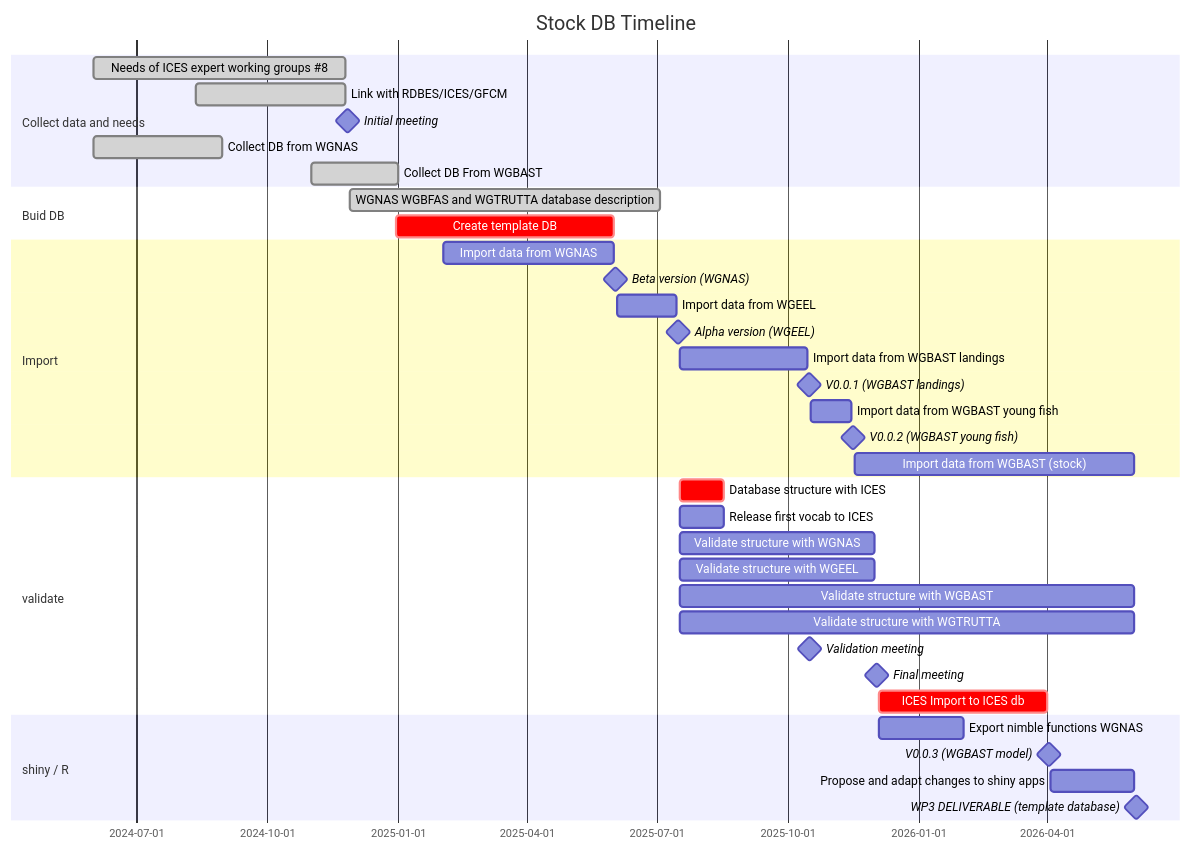
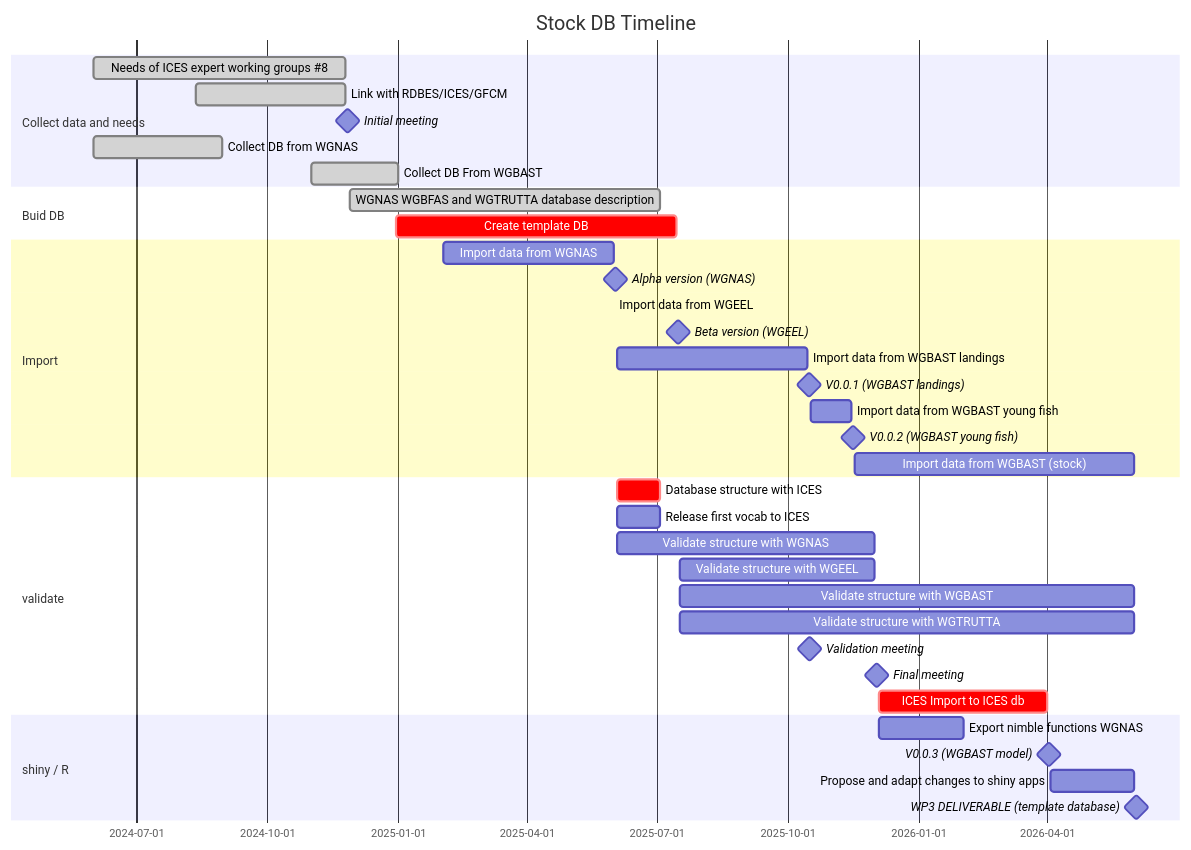
The second of 3 diagrams in R/diaspara_timeline.qmd (DIASPARAproject/WP3_migdb), drawn with Mermaid before and after one commit. The commit also changed 5 other files, not shown here.

````diff
--- a/R/diaspara_timeline.qmd
+++ b/R/diaspara_timeline.qmd
@@ -96,49 +96,49 @@
 ```{mermaid}
     gantt
     title Stock DB Timeline
     dateFormat  YYYY-MM-DD
     todayMarker stroke-width:5px,stroke:#0f0,opacity:0.5
 
     section Collect data and needs
     Needs of ICES expert working groups #8 :done, 2024-06-01, until init
     Link with RDBES/ICES/GFCM :done, 2024-08-12, until init
     Initial meeting:milestone, init, 2024-11-25, 3d
     Collect DB from WGNAS :done, 2024-06-01, 2024-08-30
     Collect DB  From WGBAST :done, 2024-11-01, 2025-01-01
 
     section Buid DB
     WGNAS WGBFAS and WGTRUTTA database description : done, after init, until 2024-03-01
     Create template DB :crit, 2024-12-30, until beta
 
 
     section Import
-    Import data from WGNAS :current, 2025-02-01, until beta
-    Beta version (WGNAS): milestone, beta, 2025-06-01, 2d
-    Import data from WGEEL : after beta, until alpha
-    Alpha version (WGEEL): milestone, alpha, 2025-07-15, 2d
+    Import data from WGNAS :current, 2025-02-01, until alpha
+    Alpha version (WGNAS): milestone, alpha, 2025-06-01, 2d
+    Import data from WGEEL : after alpha, until alpha
+    Beta version (WGEEL): milestone, beta, 2025-07-15, 2d
     Import data from WGBAST landings: current, after alpha, until v1
     V0.0.1 (WGBAST landings): milestone, v1, 2025-10-15, 2d
     Import data from WGBAST young fish : after v1, until v2
     V0.0.2 (WGBAST young fish): milestone, v2, 2025-11-15, 2d
     Import data from WGBAST (stock) : after v2, until end
 
     section validate
 
     Database structure with ICES: crit, after alpha, 1M
     Release first vocab to ICES: current, after alpha, 1M
     Validate structure with WGNAS: after alpha, until final
-    Validate structure with WGEEL: after alpha, until final
-    Validate structure with WGBAST: after alpha, until end
-    Validate structure with WGTRUTTA: after alpha, until end
+    Validate structure with WGEEL: after beta, until final
+    Validate structure with WGBAST: after beta, until end
+    Validate structure with WGTRUTTA: after beta, until end
     Validation meeting: milestone, valid, 2025-10-15, 3d
     Final meeting:milestone, final, 2025-12-01, 3d
     ICES Import to ICES db: crit, after final, until v3
 
     section shiny / R
 
     Export nimble functions WGNAS: current, after final, 2026-02-01
 
     V0.0.3 (WGBAST model): milestone, v3, 2026-04-01, 2d
     Propose and adapt changes to shiny apps : current, after v3, until end
     WP3 DELIVERABLE (template database) : milestone, end, 2026-06-01,3d
 ```
````
